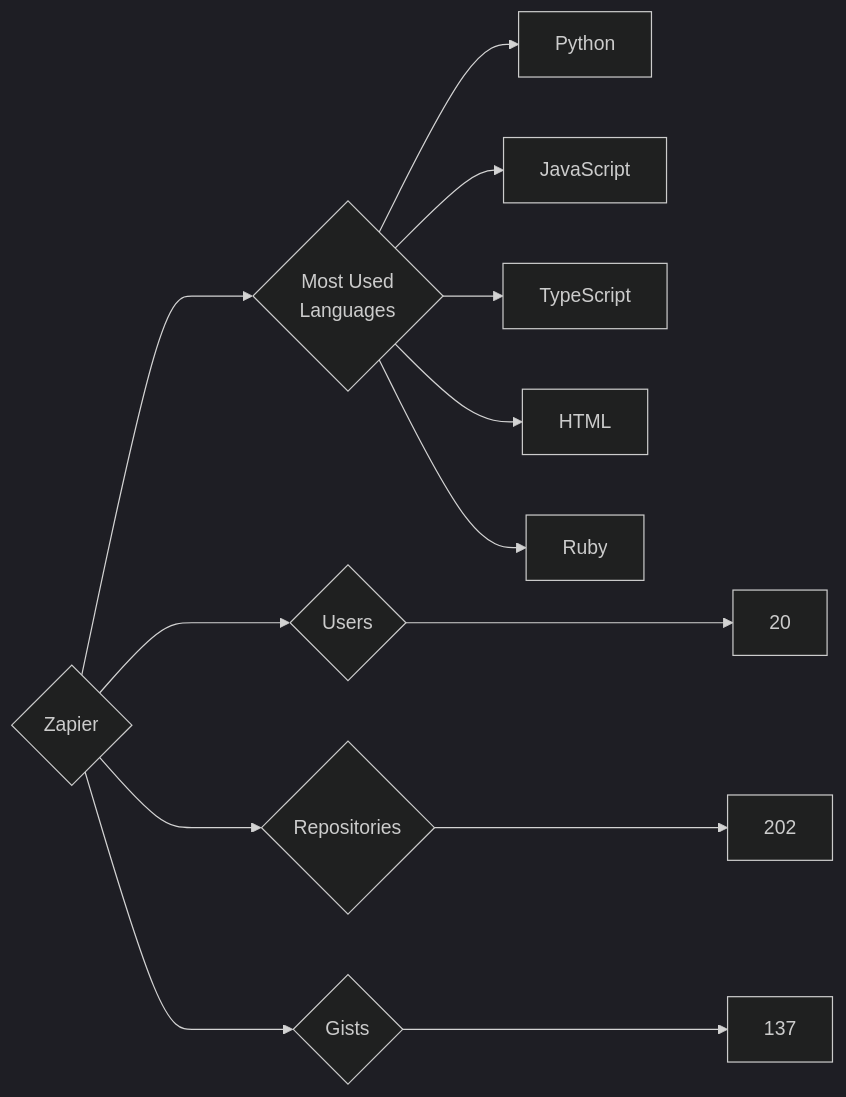
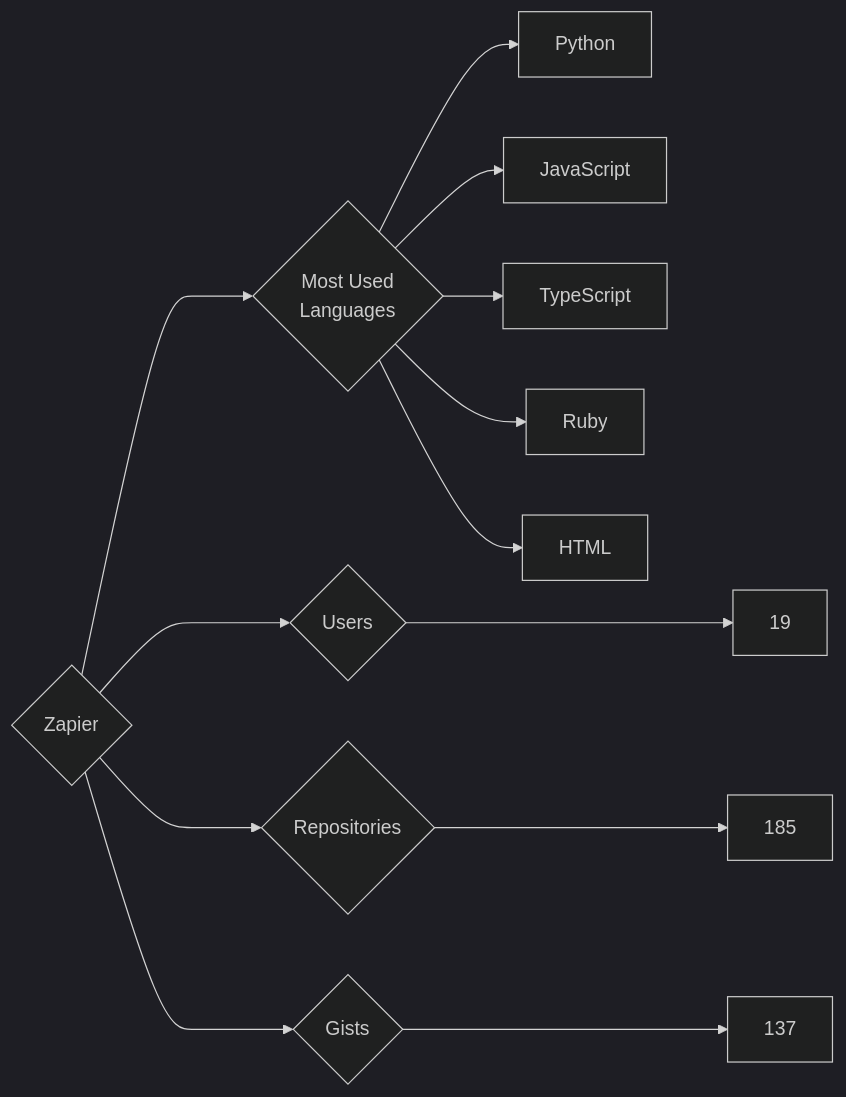
One commit to trickest/insiders changed the diagram in targets/Zapier/README.md. Above: the diagram before and after it, drawn with Mermaid (dark theme). The commit also changed 1011 other files, not shown here.

````diff
--- a/targets/Zapier/README.md
+++ b/targets/Zapier/README.md
@@ -3,13 +3,13 @@
 ```mermaid
 graph LR
 COMPANY_NAME{Zapier}
-COMPANY_NAME ---> U{Users} ---> UN[20]
-COMPANY_NAME ---> R{Repositories} ---> RN[202]
+COMPANY_NAME ---> U{Users} ---> UN[19]
+COMPANY_NAME ---> R{Repositories} ---> RN[185]
 COMPANY_NAME ---> G{Gists} ---> GN[137]
 COMPANY_NAME ---> ML{Most Used<br>Languages}
 ML --> Python[Python]
 ML --> JavaScript[JavaScript]
 ML --> TypeScript[TypeScript]
+ML --> Ruby[Ruby]
 ML --> HTML[HTML]
-ML --> Ruby[Ruby]
 ```
````
